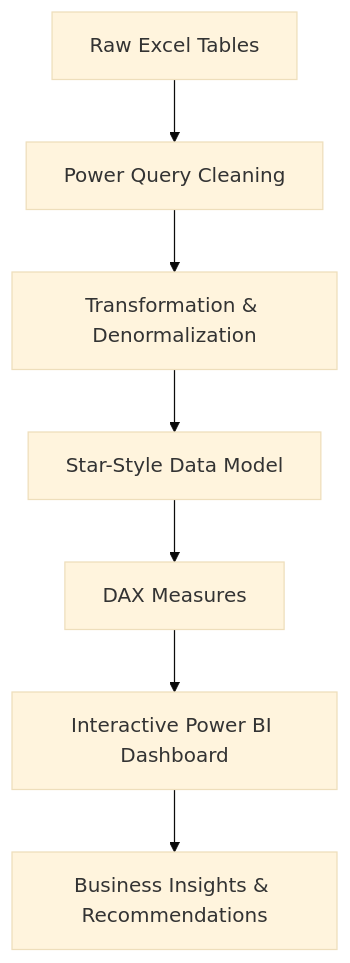
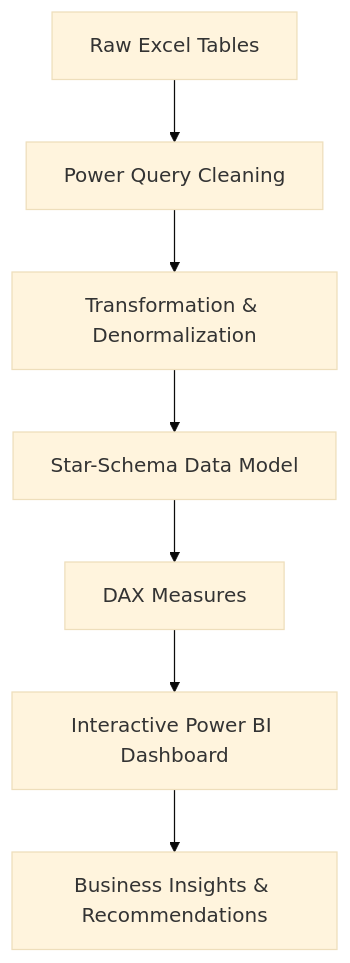
Before and after one commit to AsemFared435/Gym-Business-Performance-Dashboard: the diagram in README.md, drawn with Mermaid (base theme). The commit also changed other lines of this file, not shown here.

Commit message:
Update 'Star-Style' to 'Star-Schema' in README

````diff
--- a/README.md
+++ b/README.md
@@ -41,9 +41,9 @@
 ```mermaid
 flowchart TD
     A["Raw Excel Tables"] --> B["Power Query Cleaning"]
     B --> C["Transformation & Denormalization"]
-    C --> D["Star-Style Data Model"]
+    C --> D["Star-Schema Data Model"]
     D --> E["DAX Measures"]
     E --> F["Interactive Power BI Dashboard"]
     F --> G["Business Insights & Recommendations"]
 ```
````
